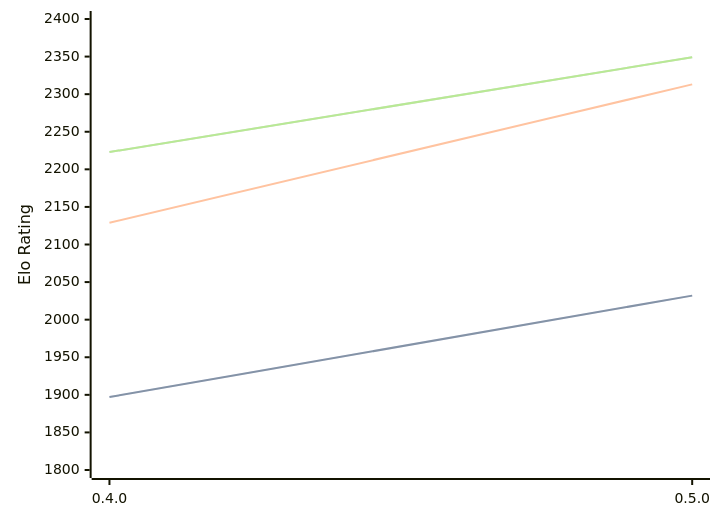
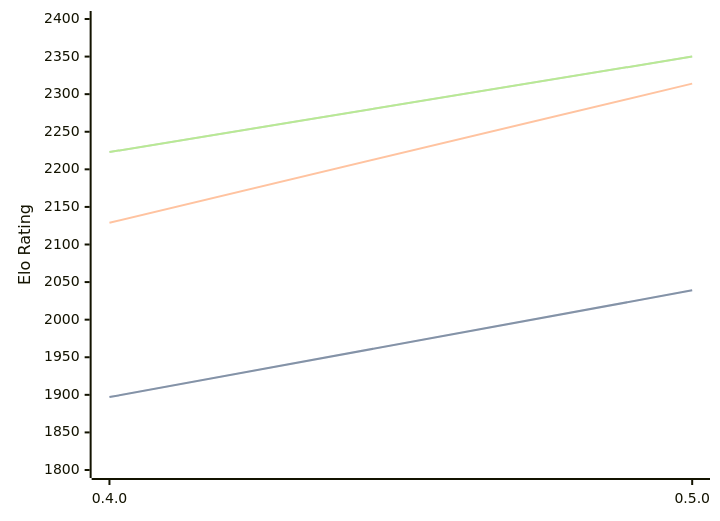
The diagram in engines/Atenika.md (computer-chess-index/cci), drawn with Mermaid before and after one commit. The commit also changed other lines of this file, not shown here.

Commit message:
Update CCI Ratings (ELO VLTC) - 2026-09-13

````diff
--- a/engines/Atenika.md
+++ b/engines/Atenika.md
@@ -32,11 +32,11 @@
 ```mermaid
 %%{init: {"theme":"base","themeVariables":{"seriesColors:['#a3a3a3','#222221','#faa371']}}}%%
 xychart-beta
   x-axis ["0.4.0", "0.5.0"]
   y-axis "Elo Rating" 1800 --> 2400
-  line "" [1897, 2032]
-  line "STC (8.0+0.08s)" [1897, 2032]
-  line "LTC (60.0+0.60s)" [2129, 2313]
-  line "" [2223, 2349]
-  line "VLTC (2m24s+1.12s)" [2223, 2349]
+  line "" [1897, 2039]
+  line "STC (8.0+0.08s)" [1897, 2039]
+  line "LTC (60.0+0.60s)" [2129, 2314]
+  line "" [2223, 2350]
+  line "VLTC (2m24s+1.12s)" [2223, 2350]
 ```
````
